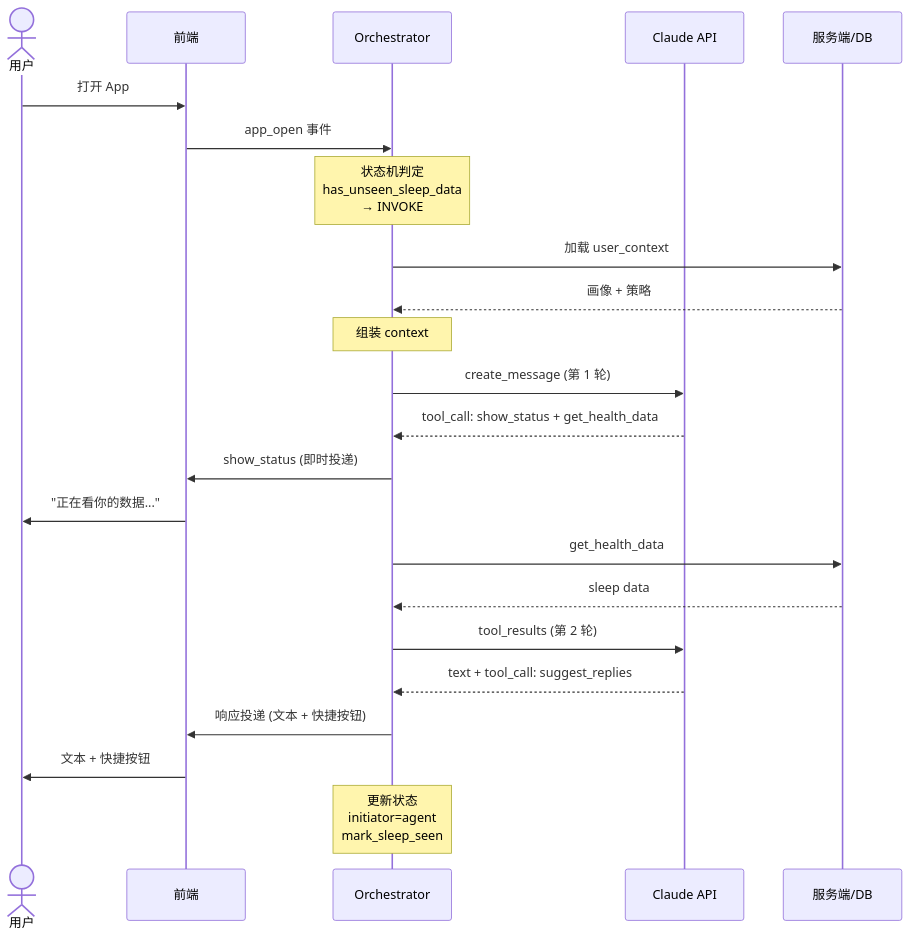
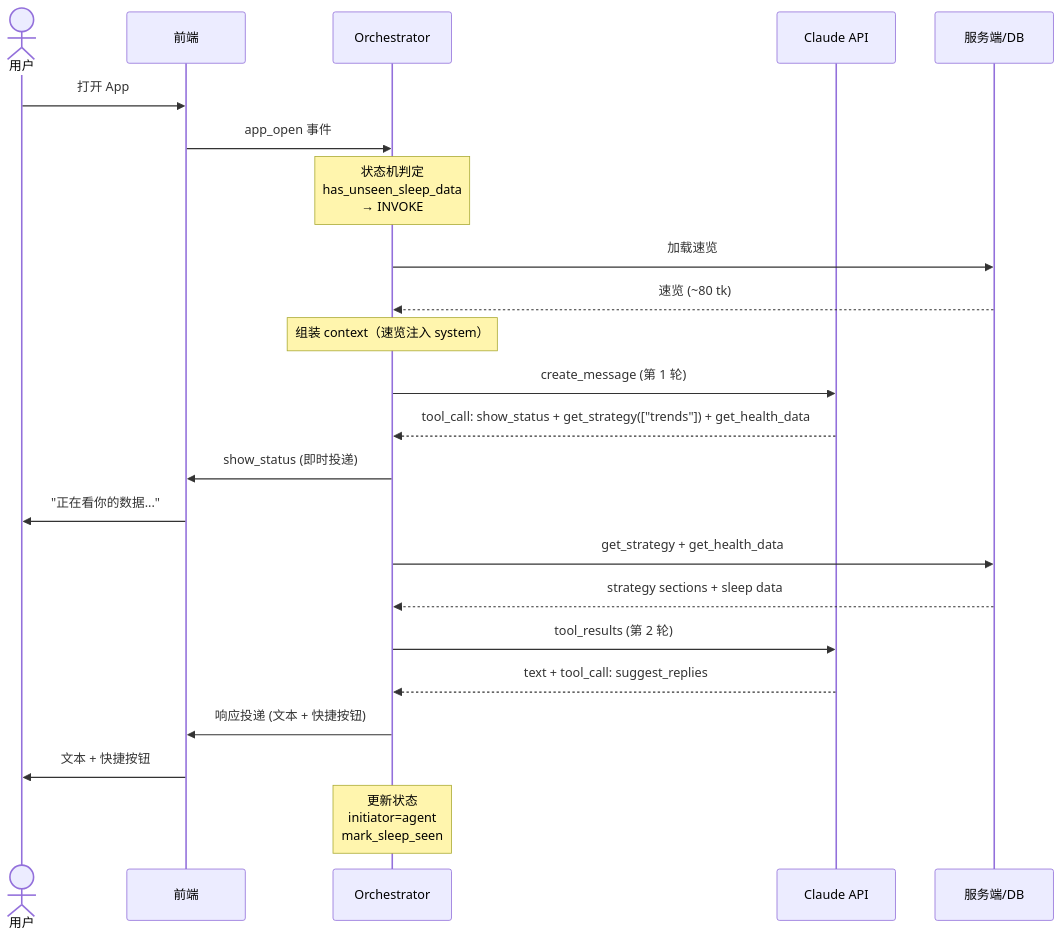
Before and after one commit to Trendolhxh/test: the third of 4 diagrams in isho-agent/08-orchestration.md, drawn with Mermaid. The commit also changed other lines of this file and 7 other files, not shown here.

Commit message:
docs: restructure agent memory architecture to V3

````diff
--- a/isho-agent/08-orchestration.md
+++ b/isho-agent/08-orchestration.md
@@ -290,35 +291,35 @@
 ```mermaid
 sequenceDiagram
     actor 用户
     participant 前端
     participant Orch as Orchestrator
     participant Claude as Claude API
     participant DB as 服务端/DB
 
     用户->>前端: 打开 App
     前端->>Orch: app_open 事件
 
     Note over Orch: 状态机判定<br/>has_unseen_sleep_data<br/>→ INVOKE
 
-    Orch->>DB: 加载 user_context
-    DB-->>Orch: 画像 + 策略
+    Orch->>DB: 加载速览
+    DB-->>Orch: 速览 (~80 tk)
 
-    Note over Orch: 组装 context
+    Note over Orch: 组装 context（速览注入 system）
 
     Orch->>Claude: create_message (第 1 轮)
-    Claude-->>Orch: tool_call: show_status + get_health_data
+    Claude-->>Orch: tool_call: show_status + get_strategy(["trends"]) + get_health_data
 
     Orch->>前端: show_status (即时投递)
     前端->>用户: "正在看你的数据..."
 
-    Orch->>DB: get_health_data
-    DB-->>Orch: sleep data
+    Orch->>DB: get_strategy + get_health_data
+    DB-->>Orch: strategy sections + sleep data
 
     Orch->>Claude: tool_results (第 2 轮)
     Claude-->>Orch: text + tool_call: suggest_replies
 
     Orch->>前端: 响应投递 (文本 + 快捷按钮)
     前端->>用户: 文本 + 快捷按钮
 
     Note over Orch: 更新状态<br/>initiator=agent<br/>mark_sleep_seen
 ```
````
